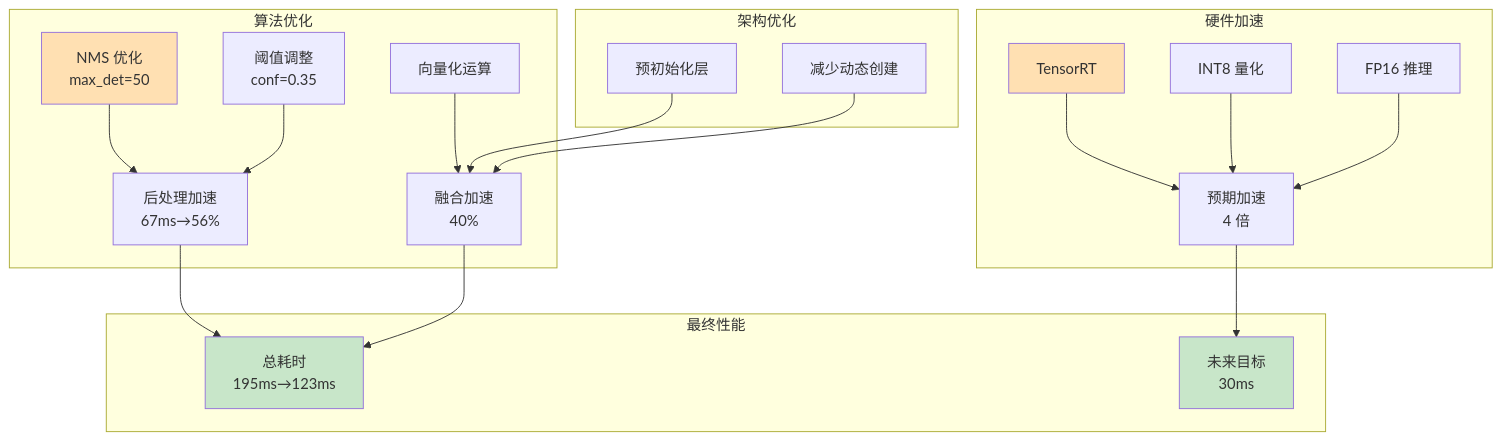
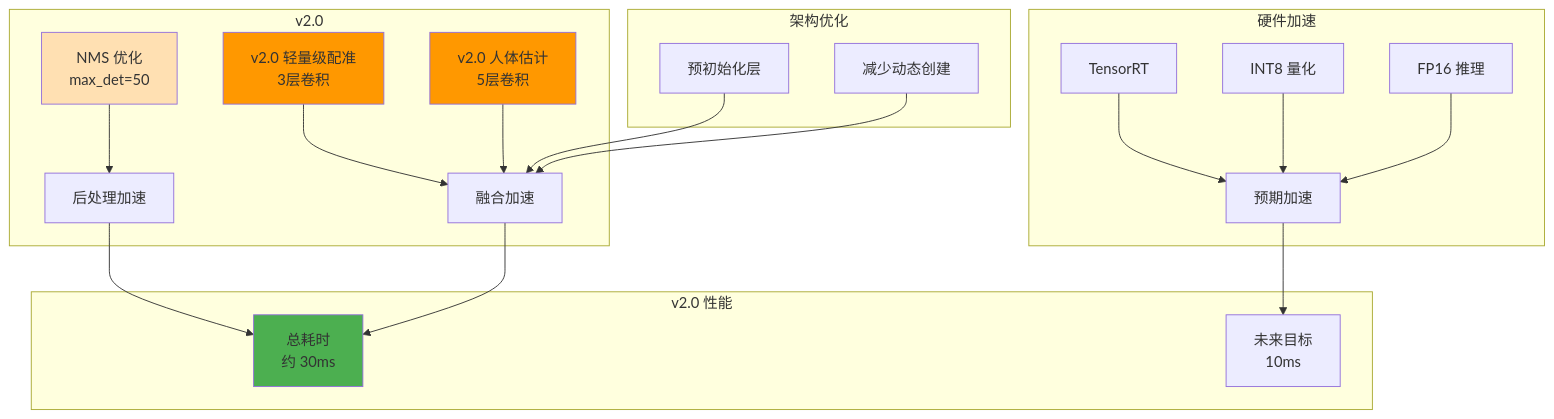
Diagram 11 of 14 in README.md (moonway0127/yolo_low_light_enhance), drawn with Mermaid before and after one commit. The commit also changed other lines of this file and 1 other file, not shown here.

````diff
--- a/README.md
+++ b/README.md
@@ -220,30 +380,30 @@
 ```mermaid
 graph TB
-    subgraph 算法优化
-        A1[NMS 优化<br/>max_det=50] --> B1[后处理加速<br/>67ms→56%]
-        A2[阈值调整<br/>conf=0.35] --> B1
-        A3[向量化运算] --> B2[融合加速<br/>40%]
+    subgraph 算法优化[v2.0]
+        A1[NMS 优化<br/>max_det=50] --> B1[后处理加速]
+        A2[v2.0 轻量级配准<br/>3层卷积] --> B2[融合加速]
+        A3[v2.0 人体估计<br/>5层卷积] --> B2
     end
     
     subgraph 架构优化
         A4[预初始化层] --> B2
         A5[减少动态创建] --> B2
     end
     
     subgraph 硬件加速
-        A6[TensorRT] --> B3[预期加速<br/>4 倍]
+        A6[TensorRT] --> B3[预期加速]
         A7[INT8 量化] --> B3
         A8[FP16 推理] --> B3
     end
     
-    subgraph 最终性能
-        B1 --> C1[总耗时<br/>195ms→123ms]
+    subgraph v2.0 性能
+        B1 --> C1[总耗时<br/>约 30ms]
         B2 --> C1
-        B3 --> C2[未来目标<br/>30ms]
+        B3 --> C2[未来目标<br/>10ms]
     end
     
     style A1 fill:#ffe0b2
-    style A6 fill:#ffe0b2
-    style C1 fill:#c8e6c9
-    style C2 fill:#c8e6c9
+    style A2 fill:#ff9800
+    style A3 fill:#ff9800
+    style C1 fill:#4caf50
 ```
````
